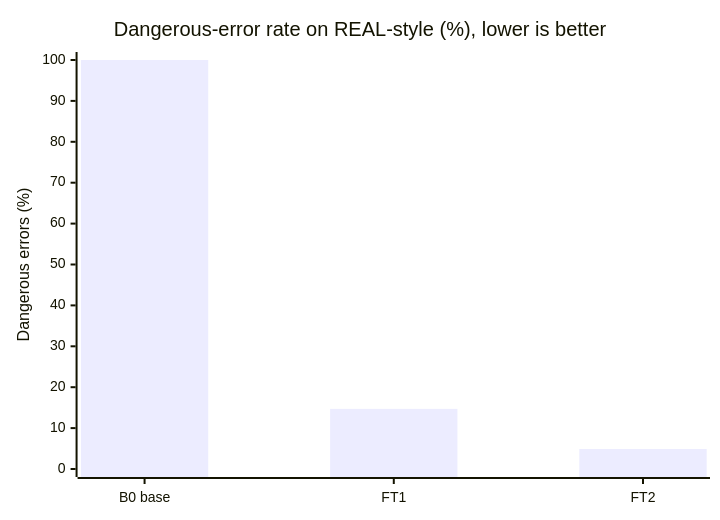
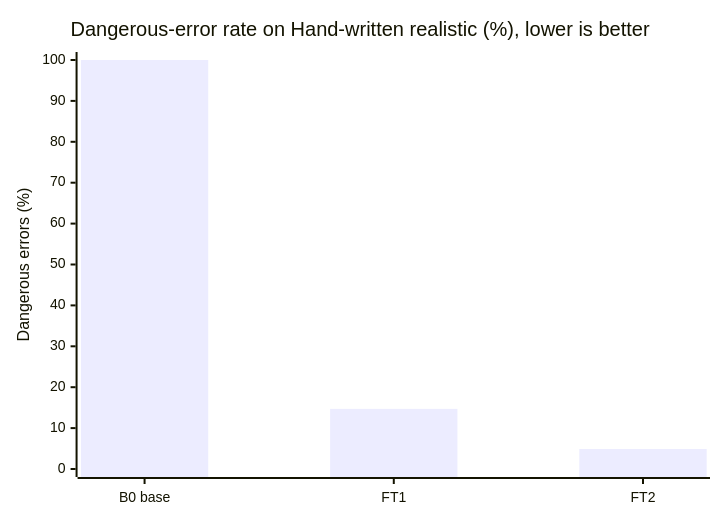
Before and after one commit to Vedant817/aaji-pill-clerk: the second of 4 diagrams in eval/results.md, drawn with Mermaid. The commit also changed other lines of this file and 25 other files, not shown here.

First line of the commit message:
drop DigitalOcean; relabel hand-written realistic set

````diff
--- a/eval/results.md
+++ b/eval/results.md
@@ -102,7 +104,7 @@
 ```mermaid
 xychart-beta
-    title "Dangerous-error rate on REAL-style (%), lower is better"
+    title "Dangerous-error rate on Hand-written realistic (%), lower is better"
     x-axis ["B0 base", "FT1", "FT2"]
     y-axis "Dangerous errors (%)" 0 --> 100
     bar [100, 14.7, 4.9]
 ```
````
